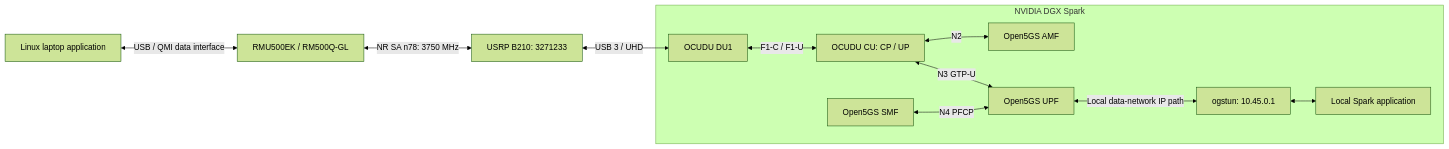
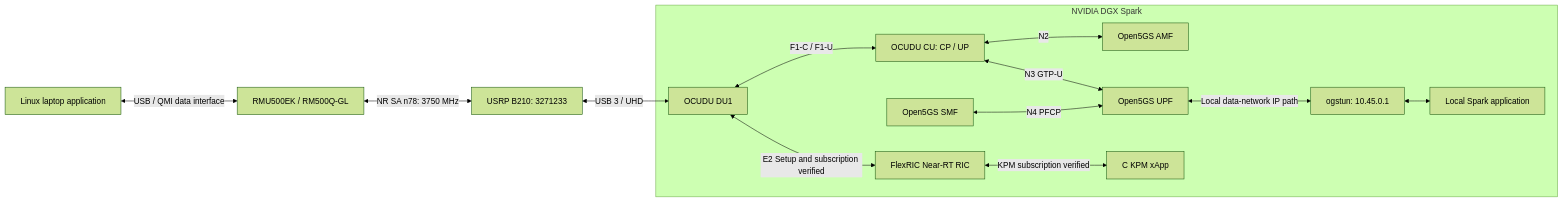
One commit to Ruibin2000/Falcomm changed the diagram in docs/project_progress_and_configuration.md. Above: the diagram before and after it, drawn with Mermaid (forest theme). The commit also changed other lines of this file and 7 other files, not shown here.

Commit message:
add the FlexRIC

````diff
--- a/docs/project_progress_and_configuration.md
+++ b/docs/project_progress_and_configuration.md
@@ -7,21 +7,25 @@
 ```mermaid
 flowchart LR
     Laptop[Linux laptop application] <-->|USB / QMI data interface| UE[RMU500EK / RM500Q-GL]
     UE <-->|NR SA n78: 3750 MHz| B210[USRP B210: 3271233]
     subgraph Spark[NVIDIA DGX Spark]
         DU[OCUDU DU1]
         CU[OCUDU CU: CP / UP]
         AMF[Open5GS AMF]
         SMF[Open5GS SMF]
         UPF[Open5GS UPF]
         TUN[ogstun: 10.45.0.1]
         App[Local Spark application]
+        RIC[FlexRIC Near-RT RIC]
+        XAPP[C KPM xApp]
         DU <-->|F1-C / F1-U| CU
         CU <-->|N2| AMF
         CU <-->|N3 GTP-U| UPF
         SMF <-->|N4 PFCP| UPF
         UPF <-->|Local data-network IP path| TUN
         TUN <--> App
+        DU <-->|E2 Setup and subscription verified| RIC
+        RIC <-->|KPM subscription verified| XAPP
     end
     B210 <-->|USB 3 / UHD| DU
 ```
````
